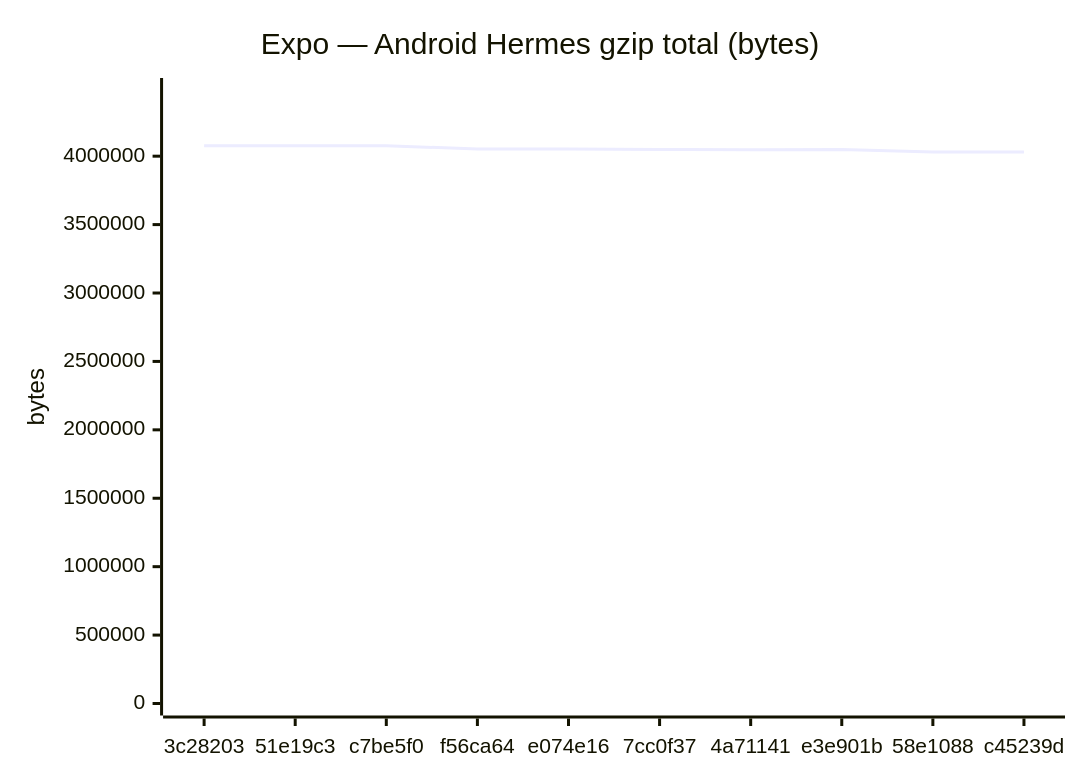
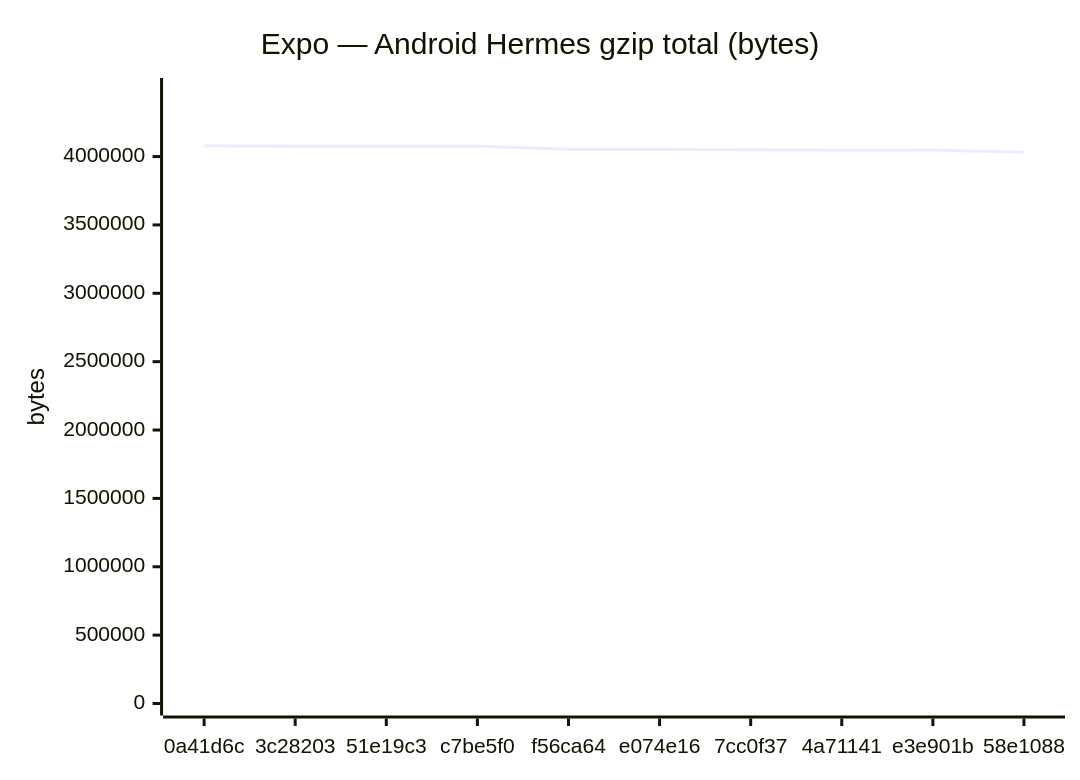
Before and after one commit to Metaheurist/Rianell: the fifth of 18 diagrams in benchmarks/compare.md, drawn with Mermaid. The commit also changed other lines of this file and 11 other files, not shown here.

````diff
--- a/benchmarks/compare.md
+++ b/benchmarks/compare.md
@@ -89,7 +89,7 @@
 ```mermaid
 xychart-beta
     title "Expo — Android Hermes gzip total (bytes)"
-    x-axis ["3c28203", "51e19c3", "c7be5f0", "f56ca64", "e074e16", "7cc0f37", "4a71141", "e3e901b", "58e1088", "c45239d"]
-    y-axis "bytes" 0 --> 4483679
-    line [4076071, 4075584, 4075582, 4052821, 4052813, 4049448, 4046554, 4048091, 4030638, 4030634]
+    x-axis ["0a41d6c", "3c28203", "51e19c3", "c7be5f0", "f56ca64", "e074e16", "7cc0f37", "4a71141", "e3e901b", "58e1088"]
+    y-axis "bytes" 0 --> 4486787
+    line [4078897, 4076071, 4075584, 4075582, 4052821, 4052813, 4049448, 4046554, 4048091, 4030638]
 ```
````
